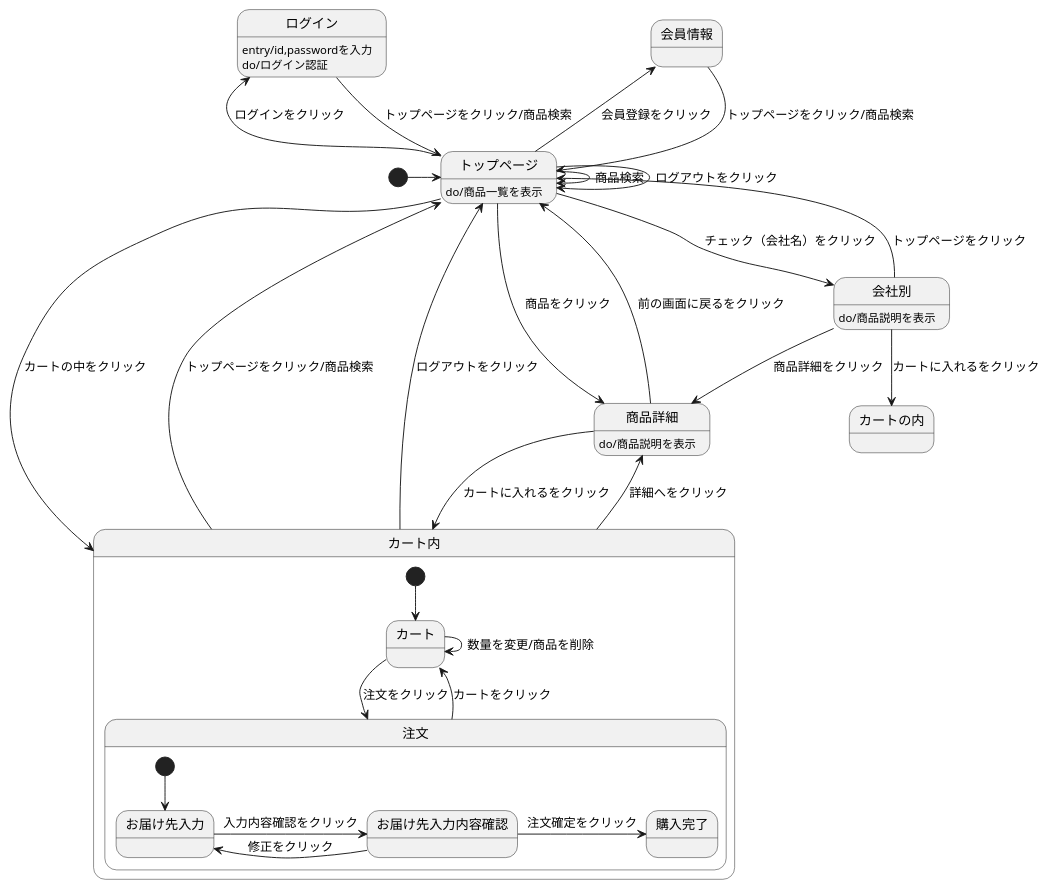
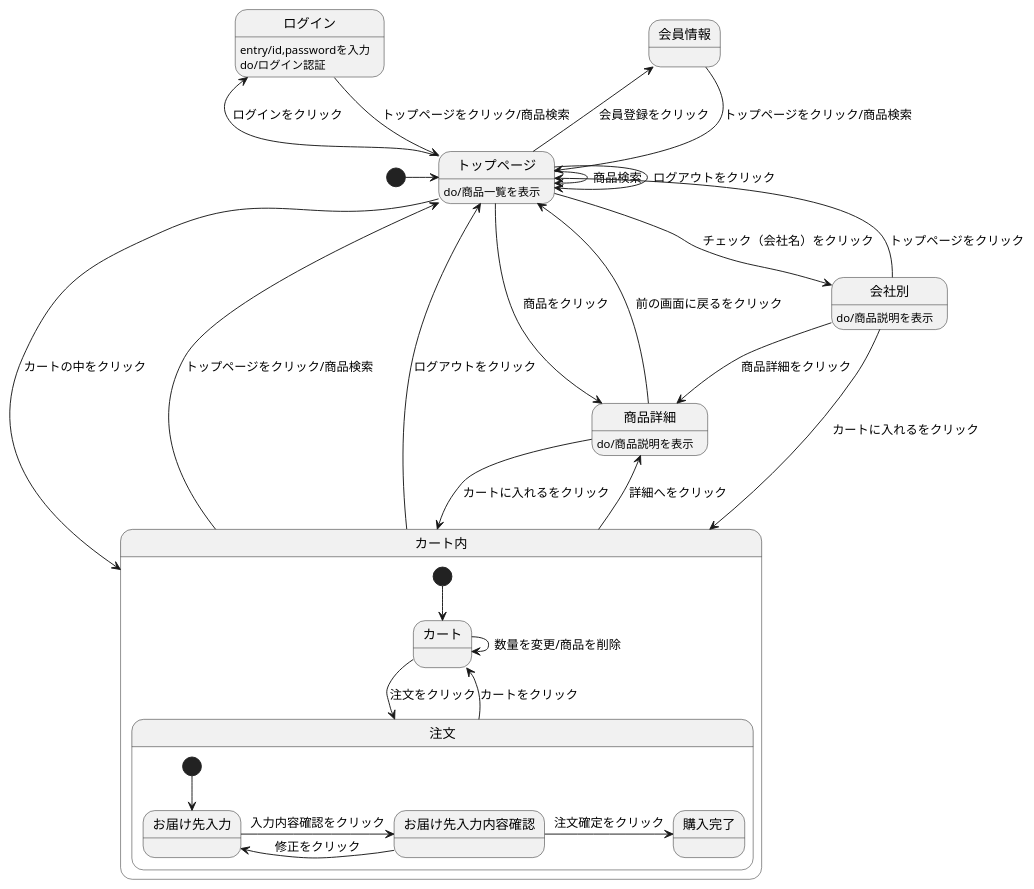
One commit to Aso2001403/2021sys-design changed the diagram in myHP/第１２回画面遷移/画面遷移.md. Above: the diagram before and after it, drawn with PlantUML.

````diff
--- a/myHP/第１２回画面遷移/画面遷移.md
+++ b/myHP/第１２回画面遷移/画面遷移.md
@@ -1,40 +1,40 @@
 ```uml
 @startuml
 [*] -> トップページ
 会員情報 --> トップページ : トップページをクリック/商品検索
 ログイン --> トップページ : トップページをクリック/商品検索
 ログイン : entry/id,passwordを入力
 ログイン : do/ログイン認証
 トップページ --> トップページ : ログアウトをクリック
 トップページ -> トップページ : 商品検索
 トップページ -> 商品詳細 : 商品をクリック
 トップページ -> 会社別 : チェック（会社名）をクリック
 トップページ -left-> 会員情報 : 会員登録をクリック
 トップページ -left-> ログイン : ログインをクリック
 トップページ --> カート内 : カートの中をクリック
 トップページ : do/商品一覧を表示
 商品詳細 --> カート内 : カートに入れるをクリック
 商品詳細 --> トップページ : 前の画面に戻るをクリック
 商品詳細 : do/商品説明を表示
 会社別 -->  商品詳細: 商品詳細をクリック
-会社別 -->  カートの内: カートに入れるをクリック
+会社別 -->  カート内: カートに入れるをクリック
 会社別 --> トップページ : トップページをクリック
 会社別 : do/商品説明を表示
 カート内 -up-> トップページ : トップページをクリック/商品検索
 カート内 -up-> トップページ : ログアウトをクリック
 カート内 -> 商品詳細 : 詳細へをクリック
 
 state カート内 {
   [*] --> カート
   カート -> 注文 : 注文をクリック
   カート -> カート : 数量を変更/商品を削除
   注文 --> カート : カートをクリック
   state 注文 {
     [*] --> お届け先入力
     お届け先入力 -> お届け先入力内容確認 : 入力内容確認をクリック
     お届け先入力内容確認 -> お届け先入力 : 修正をクリック
     お届け先入力内容確認 -> 購入完了 : 注文確定をクリック
   }
 
 @enduml
 ```
````
